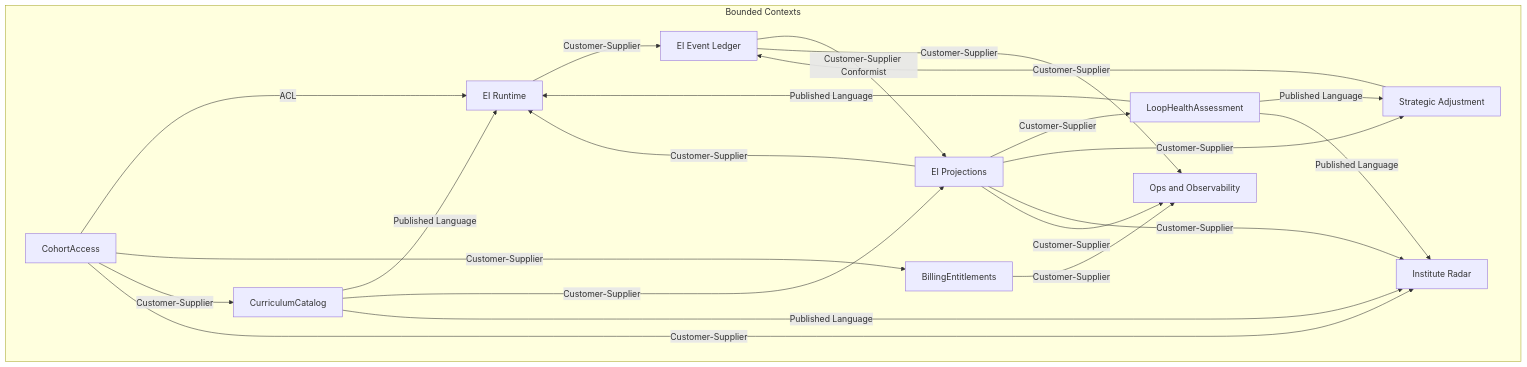
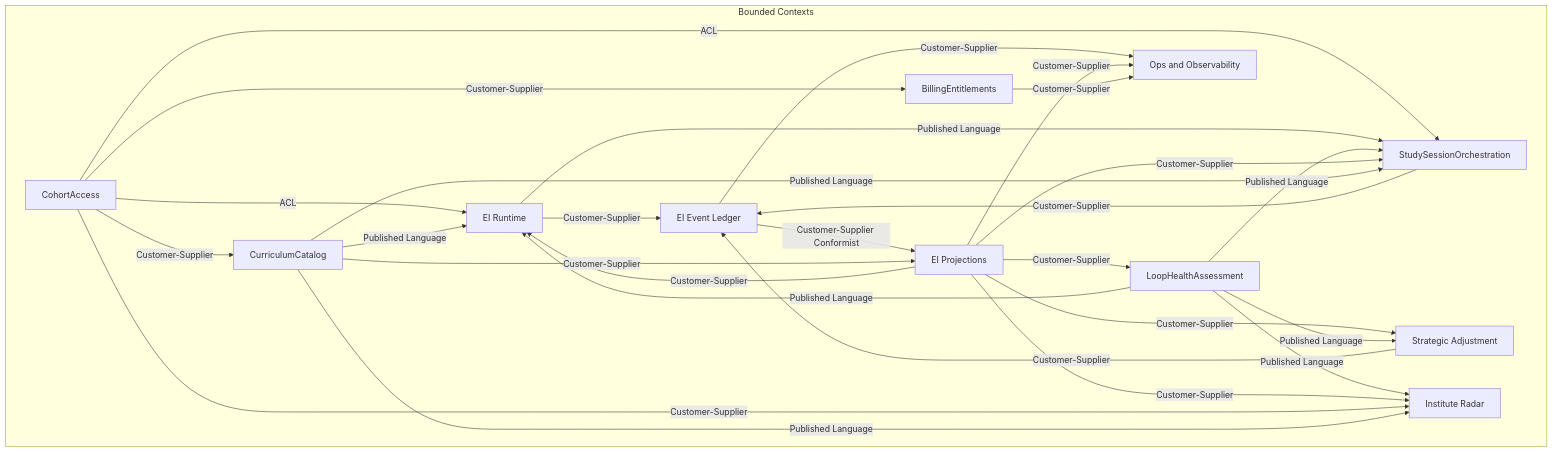
One commit to Mukul1312/ELI changed the diagram in docs/engineering-ddd-design/03-context-map.md. Above: the diagram before and after it, drawn with Mermaid. The commit also changed other lines of this file and 9 other files, not shown here.

````diff
--- a/docs/engineering-ddd-design/03-context-map.md
+++ b/docs/engineering-ddd-design/03-context-map.md
@@ -36,36 +37,43 @@
 ```mermaid
 flowchart TB
     subgraph contexts [Bounded Contexts]
         CohortAccess[CohortAccess]
         Ledger[EI Event Ledger]
         Projections[EI Projections]
         LoopHealth[LoopHealthAssessment]
         Runtime[EI Runtime]
+        SSO[StudySessionOrchestration]
         SA[Strategic Adjustment]
         Radar[Institute Radar]
         Ops[Ops and Observability]
         Billing[BillingEntitlements]
         CC[CurriculumCatalog]
     end
 
     CohortAccess -->|ACL| Runtime
+    CohortAccess -->|ACL| SSO
     CohortAccess -->|Customer-Supplier| Billing
     CohortAccess -->|Customer-Supplier| CC
     Runtime -->|Customer-Supplier| Ledger
+    Runtime -->|Published Language| SSO
+    SSO -->|Customer-Supplier| Ledger
     Ledger -->|Customer-Supplier Conformist| Projections
     Projections -->|Customer-Supplier| LoopHealth
     LoopHealth -->|Published Language| Runtime
+    LoopHealth -->|Published Language| SSO
     Projections -->|Customer-Supplier| Runtime
+    Projections -->|Customer-Supplier| SSO
     SA -->|Customer-Supplier| Ledger
     Projections -->|Customer-Supplier| SA
     LoopHealth -->|Published Language| SA
     LoopHealth -->|Published Language| Radar
     Projections -->|Customer-Supplier| Radar
     CohortAccess -->|Customer-Supplier| Radar
     Ledger -->|Customer-Supplier| Ops
     Projections -->|Customer-Supplier| Ops
     Billing -->|Customer-Supplier| Ops
     CC -->|Published Language| Runtime
+    CC -->|Published Language| SSO
     CC -->|Customer-Supplier| Projections
     CC -->|Published Language| Radar
 ```
````
